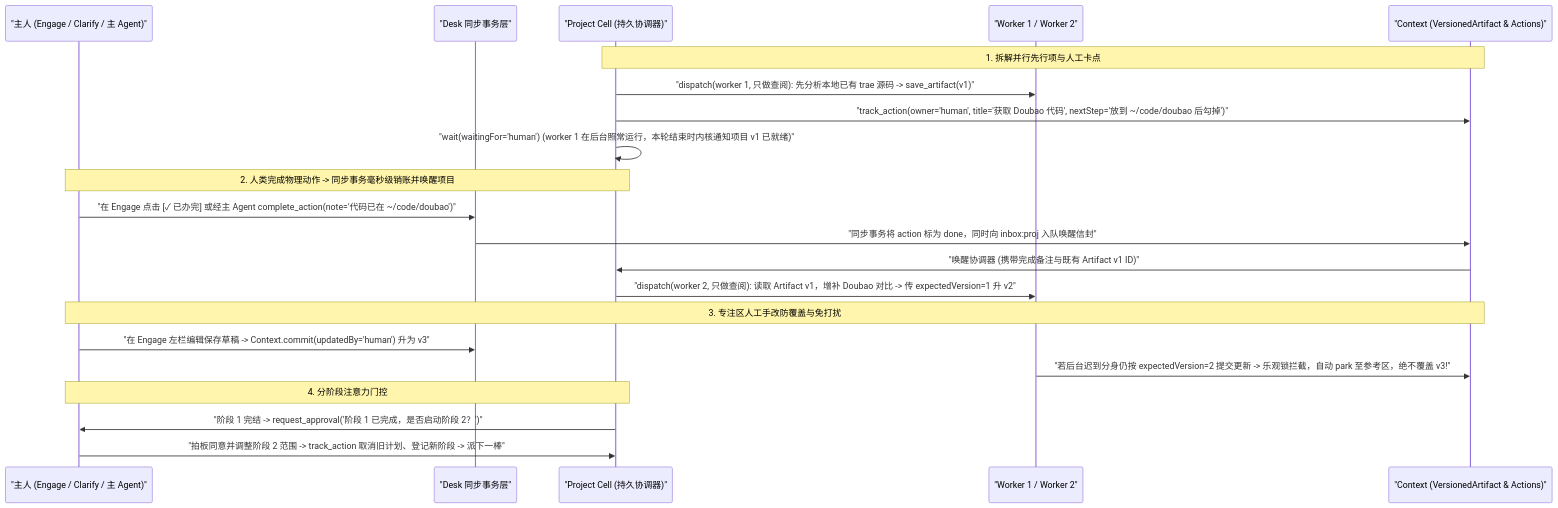
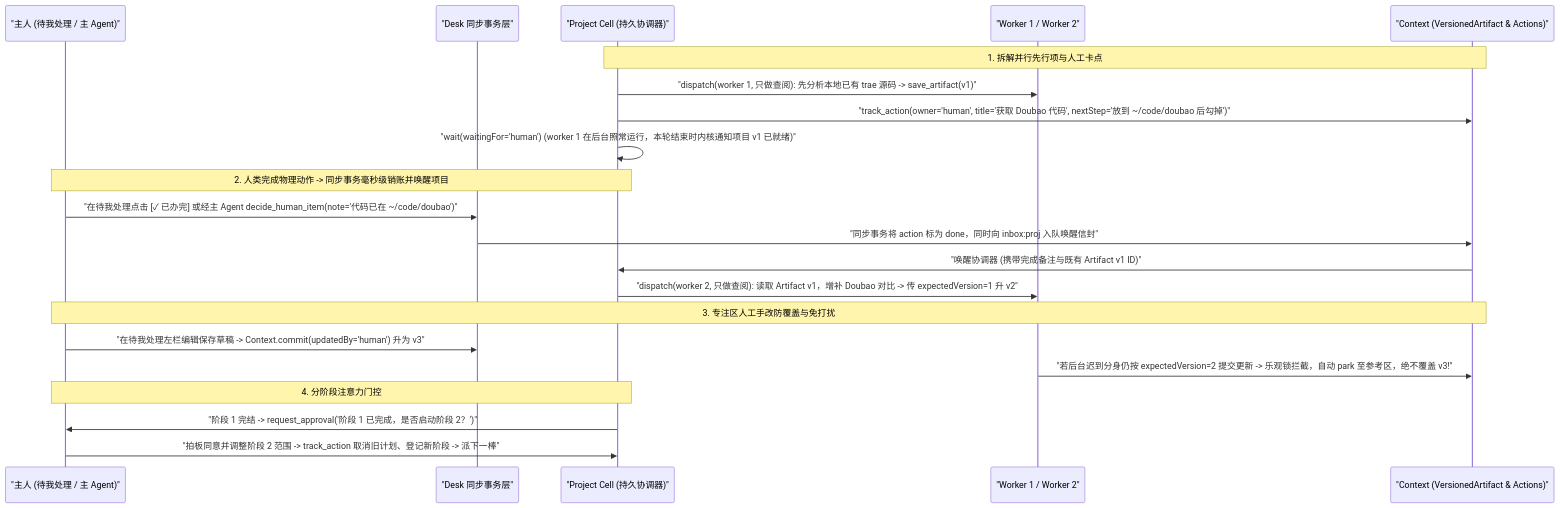
One commit to project-aoi/ng-agents changed the diagram in docs/02-workflows/uc03-human-collaboration-and-engage.md. Above: the diagram before and after it, drawn with Mermaid. The commit also changed other lines of this file and 210 other files, not shown here.

````diff
--- a/docs/02-workflows/uc03-human-collaboration-and-engage.md
+++ b/docs/02-workflows/uc03-human-collaboration-and-engage.md
@@ -23,27 +23,27 @@
 ```mermaid
 sequenceDiagram
-    participant Human as "主人 (Engage / Clarify / 主 Agent)"
+    participant Human as "主人 (待我处理 / 主 Agent)"
     participant Sync as "Desk 同步事务层"
     participant Proj as "Project Cell (持久协调器)"
     participant W as "Worker 1 / Worker 2"
     participant Ctx as "Context (VersionedArtifact & Actions)"
 
     Note over Proj,Ctx: 1. 拆解并行先行项与人工卡点
     Proj->>W: "dispatch(worker 1, 只做查阅): 先分析本地已有 trae 源码 -> save_artifact(v1)"
     Proj->>Ctx: "track_action(owner='human', title='获取 Doubao 代码', nextStep='放到 ~/code/doubao 后勾掉')"
     Proj->>Proj: "wait(waitingFor='human') (worker 1 在后台照常运行，本轮结束时内核通知项目 v1 已就绪)"
 
     Note over Human,Proj: 2. 人类完成物理动作 -> 同步事务毫秒级销账并唤醒项目
-    Human->>Sync: "在 Engage 点击 [✓ 已办完] 或经主 Agent complete_action(note='代码已在 ~/code/doubao')"
+    Human->>Sync: "在待我处理点击 [✓ 已办完] 或经主 Agent decide_human_item(note='代码已在 ~/code/doubao')"
     Sync->>Ctx: "同步事务将 action 标为 done，同时向 inbox:proj 入队唤醒信封"
     Ctx->>Proj: "唤醒协调器 (携带完成备注与既有 Artifact v1 ID)"
     Proj->>W: "dispatch(worker 2, 只做查阅): 读取 Artifact v1，增补 Doubao 对比 -> 传 expectedVersion=1 升 v2"
 
     Note over Human,Ctx: 3. 专注区人工手改防覆盖与免打扰
-    Human->>Sync: "在 Engage 左栏编辑保存草稿 -> Context.commit(updatedBy='human') 升为 v3"
+    Human->>Sync: "在待我处理左栏编辑保存草稿 -> Context.commit(updatedBy='human') 升为 v3"
     W->>Ctx: "若后台迟到分身仍按 expectedVersion=2 提交更新 -> 乐观锁拦截，自动 park 至参考区，绝不覆盖 v3!"
 
     Note over Proj,Human: 4. 分阶段注意力门控
     Proj->>Human: "阶段 1 完结 -> request_approval('阶段 1 已完成，是否启动阶段 2？')"
     Human->>Proj: "拍板同意并调整阶段 2 范围 -> track_action 取消旧计划、登记新阶段 -> 派下一棒"
 ```
````
